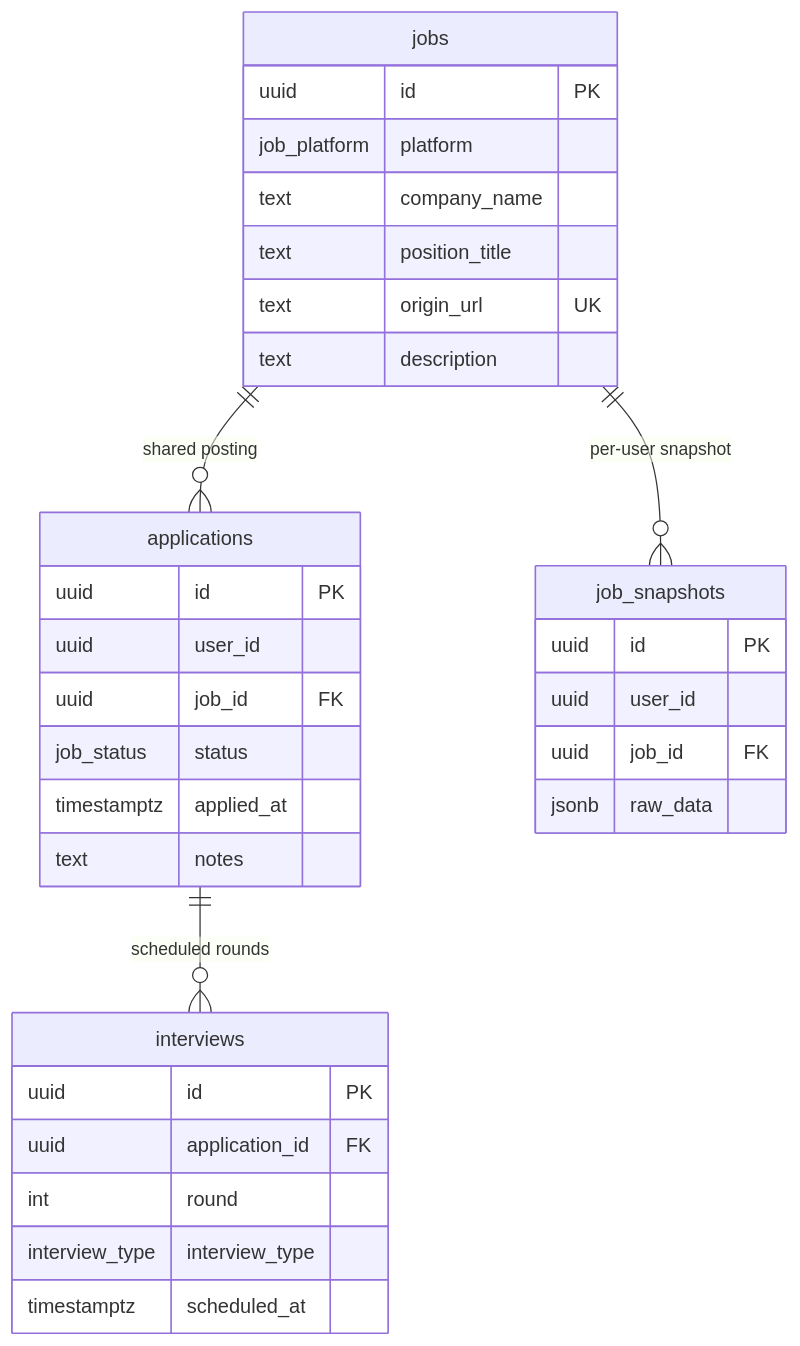
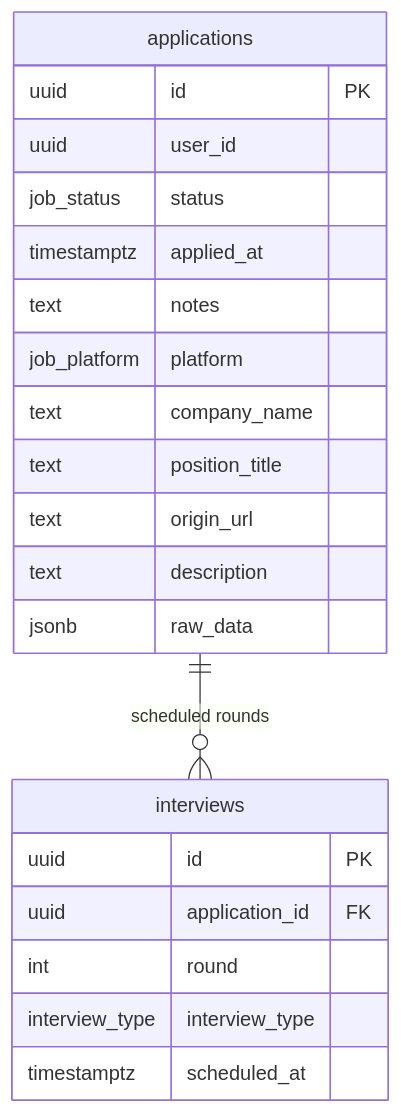
One commit to quartzs2/201-escape changed the diagram in docs/database-schema.md. Above: the diagram before and after it, drawn with Mermaid. The commit also changed other lines of this file and 15 other files, not shown here.

````diff
--- a/docs/database-schema.md
+++ b/docs/database-schema.md
@@ -101,39 +70,26 @@
 ```mermaid
 erDiagram
-    jobs ||--o{ applications : "shared posting"
-    jobs ||--o{ job_snapshots : "per-user snapshot"
     applications ||--o{ interviews : "scheduled rounds"
-
-    jobs {
-        uuid id PK
-        job_platform platform
-        text company_name
-        text position_title
-        text origin_url UK
-        text description
-    }
 
     applications {
         uuid id PK
         uuid user_id
-        uuid job_id FK
         job_status status
         timestamptz applied_at
         text notes
-    }
-
-    job_snapshots {
-        uuid id PK
-        uuid user_id
-        uuid job_id FK
+        job_platform platform
+        text company_name
+        text position_title
+        text origin_url
+        text description
         jsonb raw_data
     }
 
     interviews {
         uuid id PK
         uuid application_id FK
         int round
         interview_type interview_type
         timestamptz scheduled_at
     }
 ```
````
